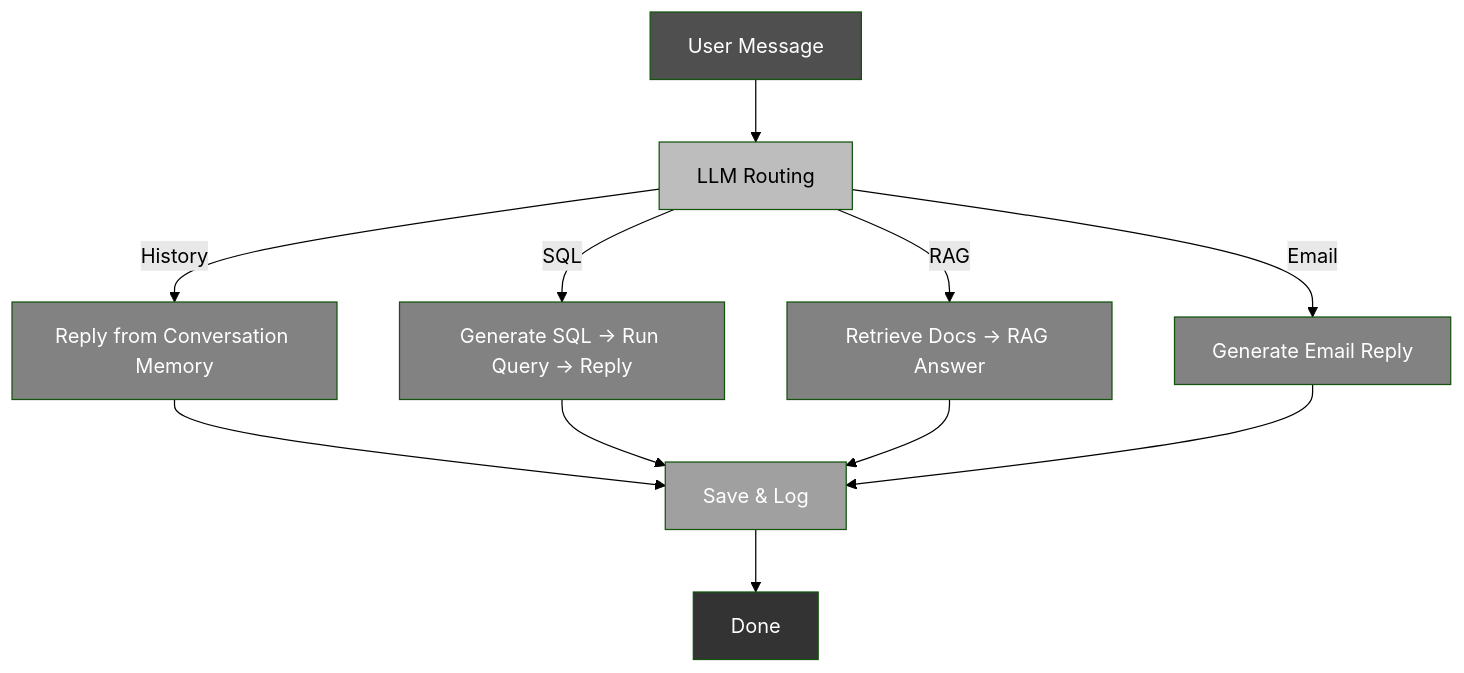
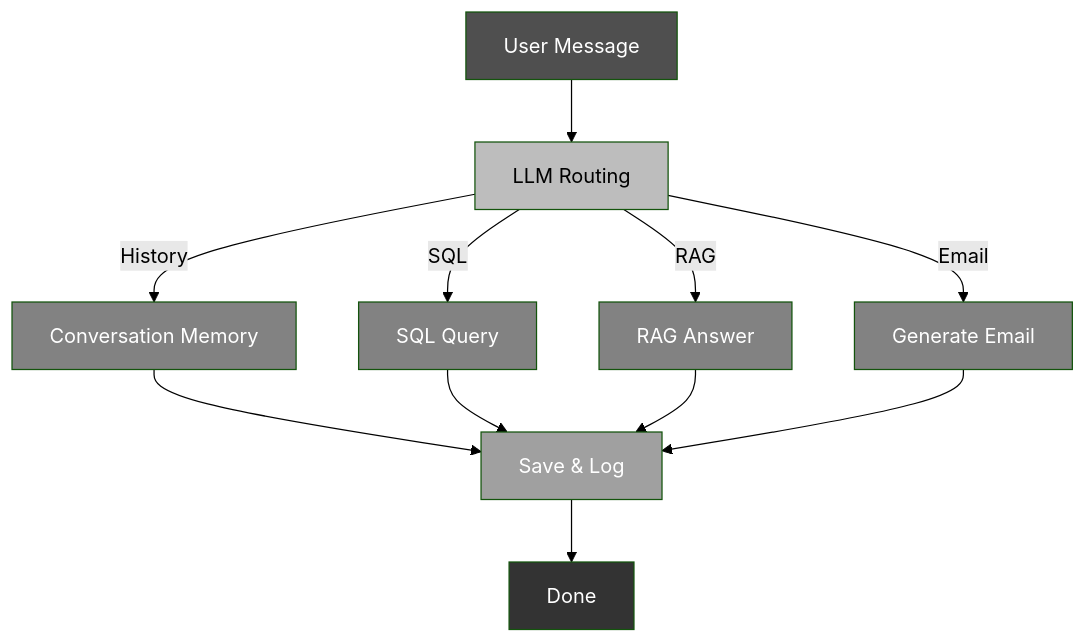
Before and after one commit to Bek0/AI-Telegram-Bot: the second of 2 diagrams in README.md, drawn with Mermaid (forest theme).

Commit message:
Update mermaid diagram labels in README.md

````diff
--- a/README.md
+++ b/README.md
@@ -71,27 +71,27 @@
 ```mermaid
 graph TD
     Start["User Message"] --> Route["LLM Routing"]
 
-    Route -->|History| FromHistory["Reply from Conversation Memory"]
-    Route -->|SQL| FromSQL["Generate SQL → Run Query → Reply"]
-    Route -->|RAG| FromRAG["Retrieve Docs → RAG Answer"]
-    Route -->|Email| FromEmail["Generate Email Reply"]
+    Route -->|History| FromHistory["Conversation Memory"]
+    Route -->|SQL| FromSQL["SQL Query"]
+    Route -->|RAG| FromRAG["RAG Answer"]
+    Route -->|Email| FromEmail["Generate Email"]
 
     FromHistory --> Save["Save & Log"]
     FromSQL --> Save
     FromRAG --> Save
     FromEmail --> Save
 
     Save --> End["Done"]
 
     %% Styling
     style Start fill:#4F4F4F,color:#fff
     style Route fill:#BDBDBD,color:#000
     style FromHistory fill:#828282,color:#fff
     style FromSQL fill:#828282,color:#fff
     style FromRAG fill:#828282,color:#fff
     style FromEmail fill:#828282,color:#fff
     style Save fill:#A0A0A0,color:#fff
     style End fill:#333333,color:#fff
 
 ```
````
